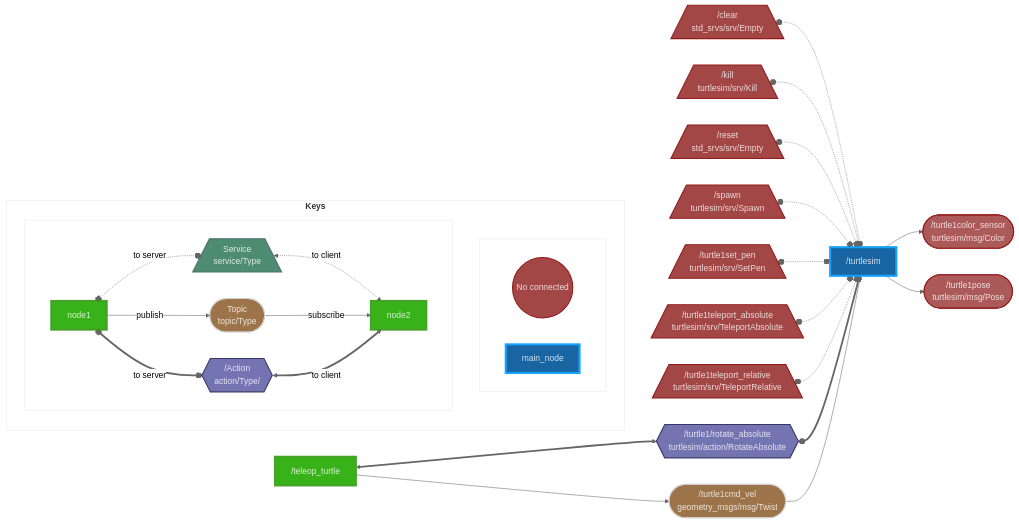
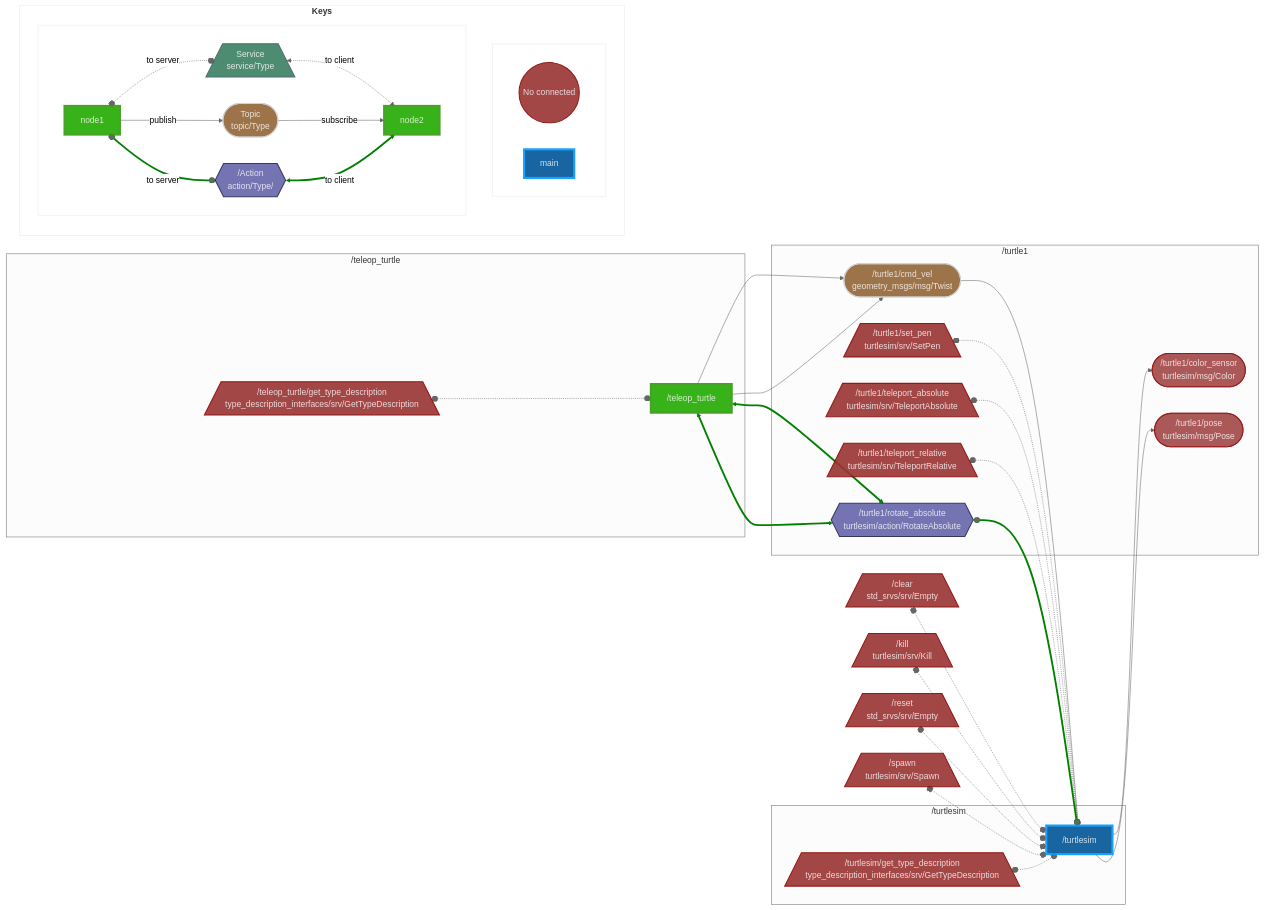
One commit to kiwicampus/ros2_graph changed the diagram in README.md. Above: the diagram before and after it, drawn with Mermaid (neutral theme). The commit also changed other lines of this file and 4 other files, not shown here.

````diff
--- a/README.md
+++ b/README.md
@@ -76,54 +78,71 @@
 ```mermaid
 flowchart LR
-/turtlesim:::main
-/teleop_turtle:::node
-/turtle1cmd_vel([/turtle1cmd_vel<br>geometry_msgs/msg/Twist]):::topic
-/turtle1color_sensor([/turtle1color_sensor<br>turtlesim/msg/Color]):::bugged
-/turtle1pose([/turtle1pose<br>turtlesim/msg/Pose]):::bugged
-/clear[//clear<br>std_srvs/srv/Empty\]:::bugged
-/kill[//kill<br>turtlesim/srv/Kill\]:::bugged
-/reset[//reset<br>std_srvs/srv/Empty\]:::bugged
-/spawn[//spawn<br>turtlesim/srv/Spawn\]:::bugged
-/turtle1set_pen[//turtle1set_pen<br>turtlesim/srv/SetPen\]:::bugged
-/turtle1teleport_absolute[//turtle1teleport_absolute<br>turtlesim/srv/TeleportAbsolute\]:::bugged
-/turtle1teleport_relative[//turtle1teleport_relative<br>turtlesim/srv/TeleportRelative\]:::bugged
-/turtle1/rotate_absolute{{/turtle1/rotate_absolute<br>turtlesim/action/RotateAbsolute}}:::action
+
+/clear[/ /clear<br>std_srvs/srv/Empty \]:::bugged
+/kill[/ /kill<br>turtlesim/srv/Kill \]:::bugged
+/reset[/ /reset<br>std_srvs/srv/Empty \]:::bugged
+/spawn[/ /spawn<br>turtlesim/srv/Spawn \]:::bugged
+subgraph ns/turtlesim["/turtlesim"]
+/turtlesim[ /turtlesim ]:::main
+/turtlesim/get_type_description[/ /turtlesim/get_type_description<br>type_description_interfaces/srv/GetTypeDescription \]:::bugged
+end
+subgraph ns/teleop_turtle["/teleop_turtle"]
+/teleop_turtle[ /teleop_turtle ]:::main
+/teleop_turtle[ /teleop_turtle ]:::node
+/teleop_turtle/get_type_description[/ /teleop_turtle/get_type_description<br>type_description_interfaces/srv/GetTypeDescription \]:::bugged
+end
+subgraph ns/turtle1["/turtle1"]
+/turtle1/cmd_vel([ /turtle1/cmd_vel<br>geometry_msgs/msg/Twist ]):::topic
+/turtle1/color_sensor([ /turtle1/color_sensor<br>turtlesim/msg/Color ]):::bugged
+/turtle1/pose([ /turtle1/pose<br>turtlesim/msg/Pose ]):::bugged
+/turtle1/set_pen[/ /turtle1/set_pen<br>turtlesim/srv/SetPen \]:::bugged
+/turtle1/teleport_absolute[/ /turtle1/teleport_absolute<br>turtlesim/srv/TeleportAbsolute \]:::bugged
+/turtle1/teleport_relative[/ /turtle1/teleport_relative<br>turtlesim/srv/TeleportRelative \]:::bugged
+/turtle1/rotate_absolute{{ /turtle1/rotate_absolute<br>turtlesim/action/RotateAbsolute }}:::action
+end
+/turtle1/cmd_vel --> /turtlesim
+/turtlesim --> /turtle1/color_sensor
+/turtlesim --> /turtle1/pose
+/teleop_turtle --> /turtle1/cmd_vel
+/teleop_turtle --> /turtle1/cmd_vel
 /clear o-.-o /turtlesim
 /kill o-.-o /turtlesim
 /reset o-.-o /turtlesim
 /spawn o-.-o /turtlesim
-/turtle1set_pen o-.-o /turtlesim
-/turtle1teleport_absolute o-.-o /turtlesim
-/turtle1teleport_relative o-.-o /turtlesim
+/turtle1/set_pen o-.-o /turtlesim
+/turtle1/teleport_absolute o-.-o /turtlesim
+/turtle1/teleport_relative o-.-o /turtlesim
+/turtlesim/get_type_description o-.-o /turtlesim
+/teleop_turtle/get_type_description o-.-o /teleop_turtle
+
+/turtle1/rotate_absolute o==o /turtlesim
 /teleop_turtle <==> /turtle1/rotate_absolute
-/turtle1/rotate_absolute o==o /turtlesim
-/turtle1cmd_vel --> /turtlesim
-/turtlesim --> /turtle1color_sensor
-/turtlesim --> /turtle1pose
-/teleop_turtle --> /turtle1cmd_vel
+/teleop_turtle <==> /turtle1/rotate_absolute
 subgraph keys[<b>Keys<b/>]
 subgraph nodes[<b><b/>]
 topicb((No connected)):::bugged
-main_node:::main
+main_node[main]:::main
 end
 subgraph connection[<b><b/>]
-node1:::node
-node2:::node
-node1 o-. to server .-o service[/Service<br>service/Type\]:::service
-service <-. to client .-> node2
-node1 -- publish --> topic([Topic<br>topic/Type]):::topic
-topic -- subscribe --> node2
-node1 o== to server ==o action{{/Action<br>action/Type/}}:::action
-action <== to client ==> node2
+node1[node1]:::node
+node2[node2]:::node
+node1 o-.-o|to server| service[/Service<br>service/Type\]:::service
+service <-.->|to client| node2
+node1 -->|publish| topic([Topic<br>topic/Type]):::topic
+topic -->|subscribe| node2
+node1 o==o|to server| action{{/Action<br>action/Type/}}:::action
+action <==>|to client| node2
 end
 end
 classDef node opacity:0.9,fill:#2A0,stroke:#391,stroke-width:4px,color:#fff
 classDef action opacity:0.9,fill:#66A,stroke:#225,stroke-width:2px,color:#fff
 classDef service opacity:0.9,fill:#3B8062,stroke:#3B6062,stroke-width:2px,color:#fff
 classDef topic opacity:0.9,fill:#852,stroke:#CCC,stroke-width:2px,color:#fff
 classDef main opacity:0.9,fill:#059,stroke:#09F,stroke-width:4px,color:#fff
 classDef bugged opacity:0.9,fill:#933,stroke:#800,stroke-width:2px,color:#fff
 style keys opacity:0.15,fill:#FFF
 style nodes opacity:0.15,fill:#FFF
 style connection opacity:0.15,fill:#FFF
+linkStyle 14,21 fill:none,stroke:green;
+linkStyle 15,16,22 fill:none,stroke:green;
 ```
````
